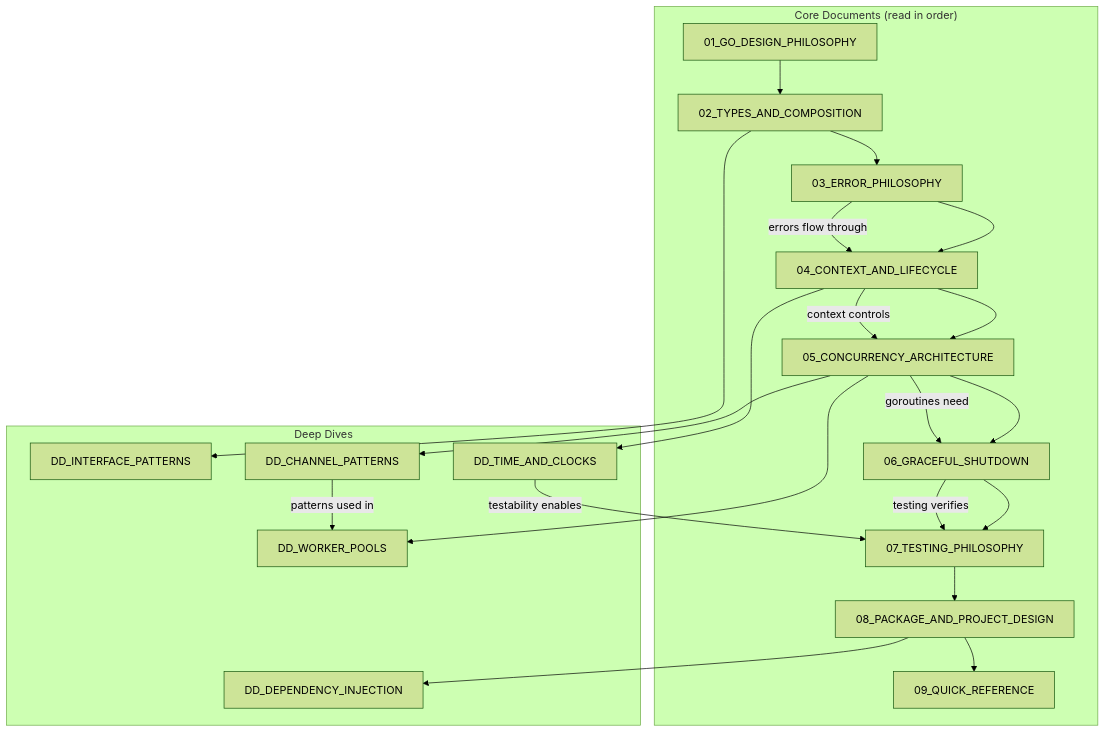
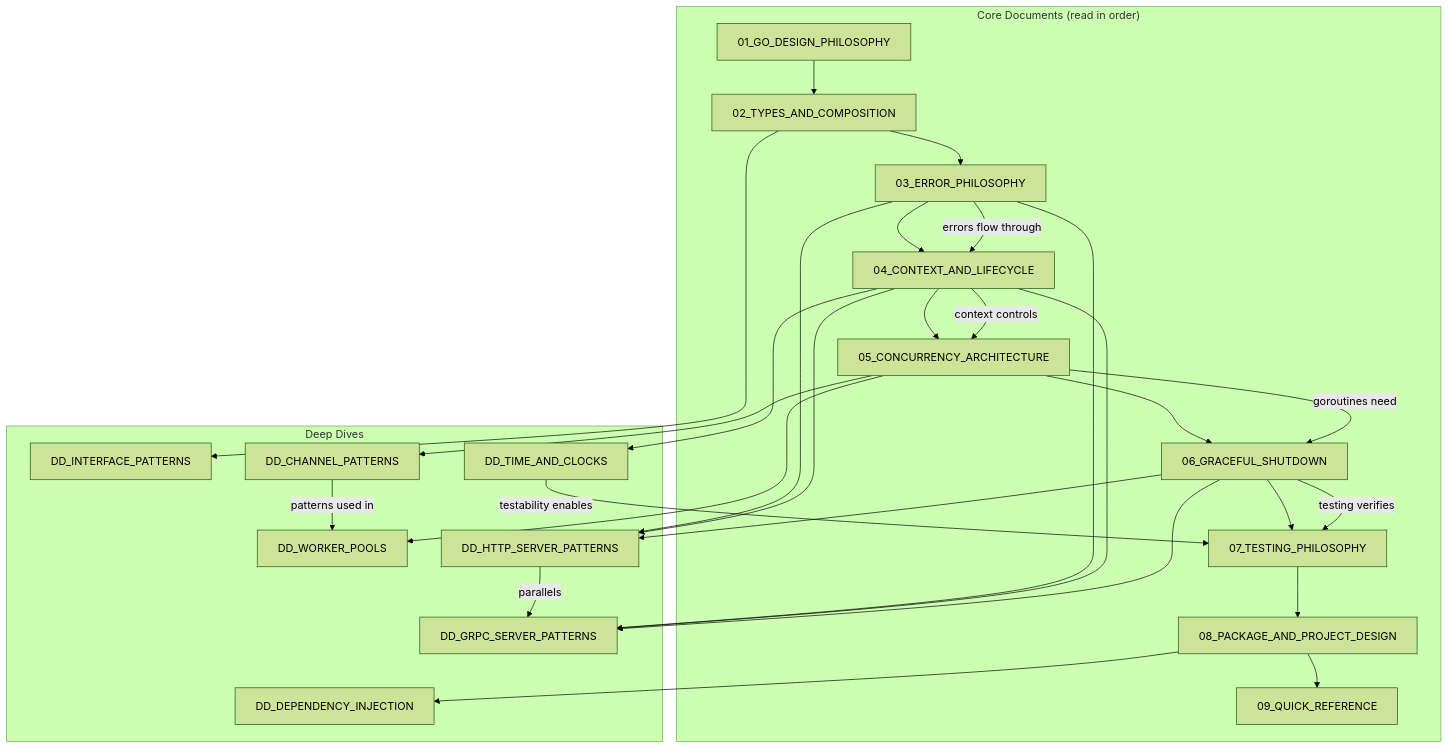
One commit to ae-lexs/go-senior-level-handbook changed the diagram in README.md. Above: the diagram before and after it, drawn with Mermaid (forest theme). The commit also changed other lines of this file and 4 other files, not shown here.

````diff
--- a/README.md
+++ b/README.md
@@ -77,37 +79,46 @@
 ```mermaid
 graph TB
     subgraph Core["Core Documents (read in order)"]
         C01[01_GO_DESIGN_PHILOSOPHY]
         C02[02_TYPES_AND_COMPOSITION]
         C03[03_ERROR_PHILOSOPHY]
         C04[04_CONTEXT_AND_LIFECYCLE]
         C05[05_CONCURRENCY_ARCHITECTURE]
         C06[06_GRACEFUL_SHUTDOWN]
         C07[07_TESTING_PHILOSOPHY]
         C08[08_PACKAGE_AND_PROJECT_DESIGN]
         C09[09_QUICK_REFERENCE]
     end
 
     subgraph DeepDives["Deep Dives"]
         DD1[DD_INTERFACE_PATTERNS]
         DD2[DD_CHANNEL_PATTERNS]
         DD3[DD_WORKER_POOLS]
         DD4[DD_TIME_AND_CLOCKS]
         DD5[DD_DEPENDENCY_INJECTION]
+        DD6[DD_HTTP_SERVER_PATTERNS]
+        DD7[DD_GRPC_SERVER_PATTERNS]
     end
 
     C01 --> C02 --> C03 --> C04 --> C05 --> C06 --> C07 --> C08 --> C09
 
     C02 --> DD1
     C04 --> DD4
     C05 --> DD2
     C05 --> DD3
     C08 --> DD5
+    C03 --> DD6
+    C04 --> DD6
+    C06 --> DD6
+    C03 --> DD7
+    C04 --> DD7
+    C06 --> DD7
 
     C03 -->|"errors flow through"| C04
     C04 -->|"context controls"| C05
     C05 -->|"goroutines need"| C06
     C06 -->|"testing verifies"| C07
     DD2 -->|"patterns used in"| DD3
     DD4 -->|"testability enables"| C07
+    DD6 -->|"parallels"| DD7
 ```
````
